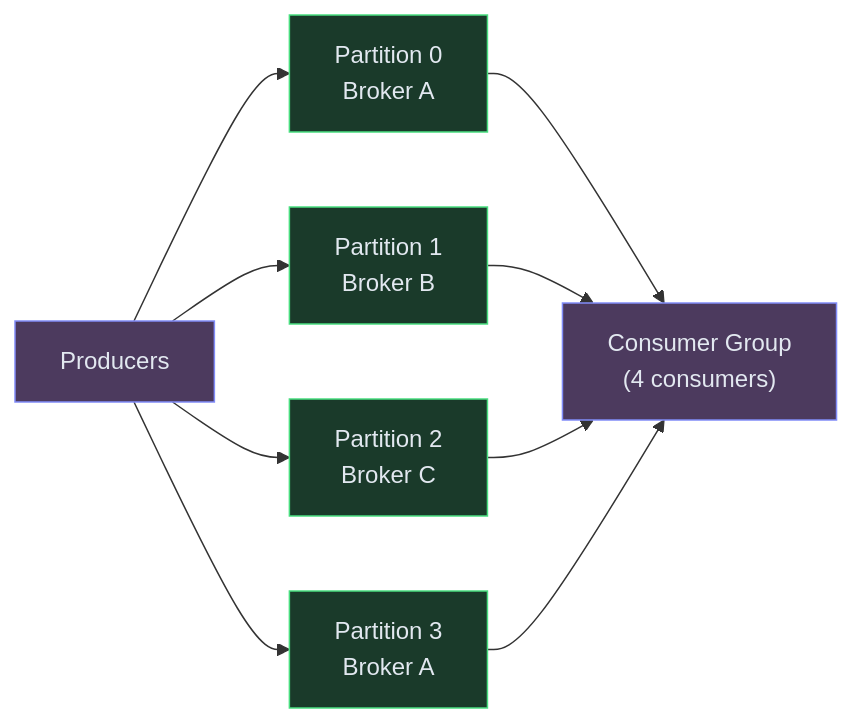
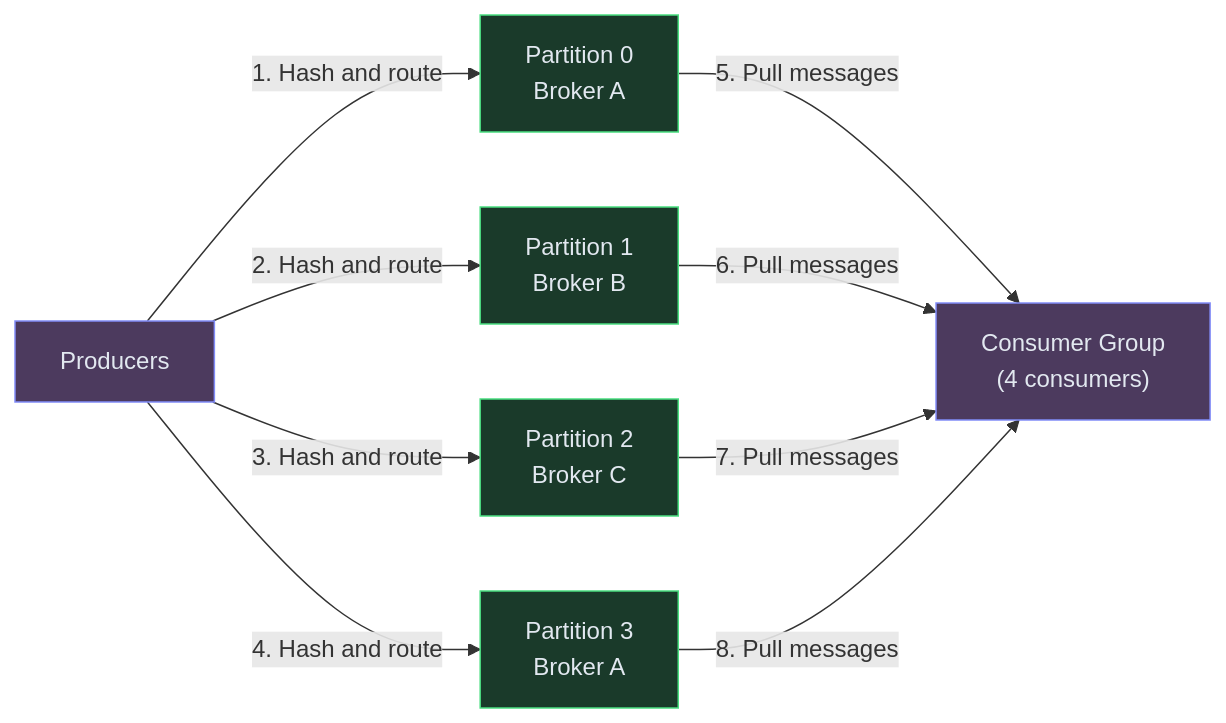
Before and after one commit to iluzn/HLD-Designs: the fourth of 7 diagrams in content/hld/MessageQueue.md, drawn with Mermaid. The commit also changed other lines of this file and 27 other files, not shown here.

````diff
--- a/content/hld/MessageQueue.md
+++ b/content/hld/MessageQueue.md
@@ -236,21 +236,21 @@
 ```mermaid
 flowchart LR
     PROD["Producers"]:::client
     P0["Partition 0<br/>Broker A"]:::service
     P1["Partition 1<br/>Broker B"]:::service
     P2["Partition 2<br/>Broker C"]:::service
     P3["Partition 3<br/>Broker A"]:::service
     CG["Consumer Group<br/>(4 consumers)"]:::client
 
-    PROD --> P0
-    PROD --> P1
-    PROD --> P2
-    PROD --> P3
-    P0 --> CG
-    P1 --> CG
-    P2 --> CG
-    P3 --> CG
+    PROD -->|"1. Hash and route"| P0
+    PROD -->|"2. Hash and route"| P1
+    PROD -->|"3. Hash and route"| P2
+    PROD -->|"4. Hash and route"| P3
+    P0 -->|"5. Pull messages"| CG
+    P1 -->|"6. Pull messages"| CG
+    P2 -->|"7. Pull messages"| CG
+    P3 -->|"8. Pull messages"| CG
 
     classDef client fill:#4c3a5e,stroke:#818cf8,color:#e2e8f0
     classDef service fill:#1a3a2a,stroke:#4ade80,color:#e2e8f0
 ```
````
